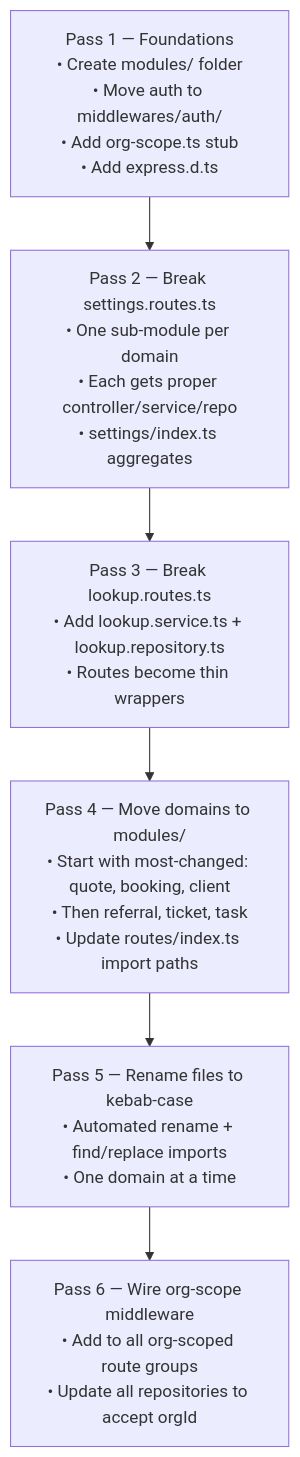
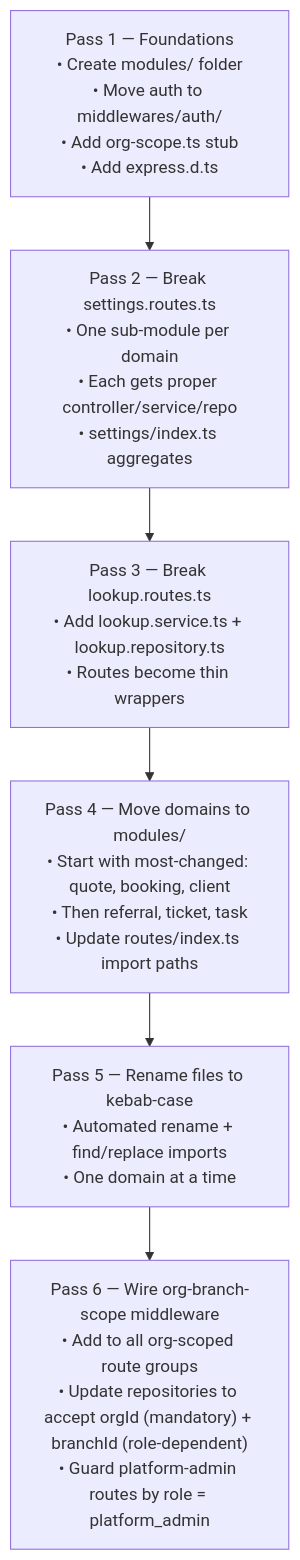
Before and after one commit to Jhay1413/travana-V2: the fifth of 5 diagrams in SERVER_STRUCTURE_PLAN.md, drawn with Mermaid. The commit also changed other lines of this file and 312 other files, not shown here.

````diff
--- a/SERVER_STRUCTURE_PLAN.md
+++ b/SERVER_STRUCTURE_PLAN.md
@@ -418,11 +452,11 @@
 ```mermaid
 graph TD
     P1["Pass 1 — Foundations\n• Create modules/ folder\n• Move auth to middlewares/auth/\n• Add org-scope.ts stub\n• Add express.d.ts"]
     P2["Pass 2 — Break settings.routes.ts\n• One sub-module per domain\n• Each gets proper controller/service/repo\n• settings/index.ts aggregates"]
     P3["Pass 3 — Break lookup.routes.ts\n• Add lookup.service.ts + lookup.repository.ts\n• Routes become thin wrappers"]
     P4["Pass 4 — Move domains to modules/\n• Start with most-changed: quote, booking, client\n• Then referral, ticket, task\n• Update routes/index.ts import paths"]
     P5["Pass 5 — Rename files to kebab-case\n• Automated rename + find/replace imports\n• One domain at a time"]
-    P6["Pass 6 — Wire org-scope middleware\n• Add to all org-scoped route groups\n• Update all repositories to accept orgId"]
+    P6["Pass 6 — Wire org-branch-scope middleware\n• Add to all org-scoped route groups\n• Update repositories to accept orgId (mandatory) + branchId (role-dependent)\n• Guard platform-admin routes by role = platform_admin"]
 
     P1 --> P2 --> P3 --> P4 --> P5 --> P6
 ```
````
